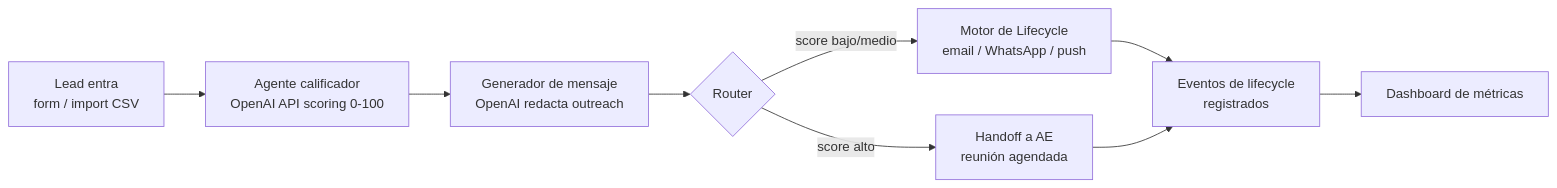
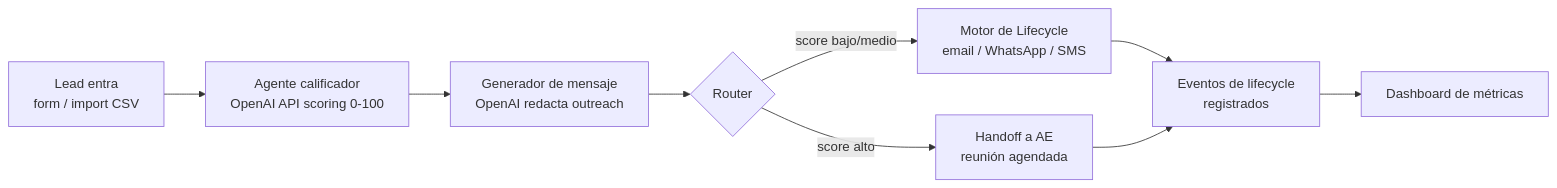
One commit to apogeoconsara/portafolioclara changed the diagram in README.md. Above: the diagram before and after it, drawn with Mermaid. The commit also changed other lines of this file and 4 other files, not shown here.

First line of the commit message:
Reemplazar canal "push" por "sms" en todo el proyecto

````diff
--- a/README.md
+++ b/README.md
@@ -35,11 +35,11 @@
 ```mermaid
 flowchart LR
     A[Lead entra\nform / import CSV] --> B[Agente calificador\nOpenAI API scoring 0-100]
     B --> C[Generador de mensaje\nOpenAI redacta outreach]
     C --> D{Router}
     D -->|score alto| E[Handoff a AE\nreunión agendada]
-    D -->|score bajo/medio| F[Motor de Lifecycle\nemail / WhatsApp / push]
+    D -->|score bajo/medio| F[Motor de Lifecycle\nemail / WhatsApp / SMS]
     F --> G[Eventos de lifecycle\nregistrados]
     E --> G
     G --> H[Dashboard de métricas]
 ```
````
